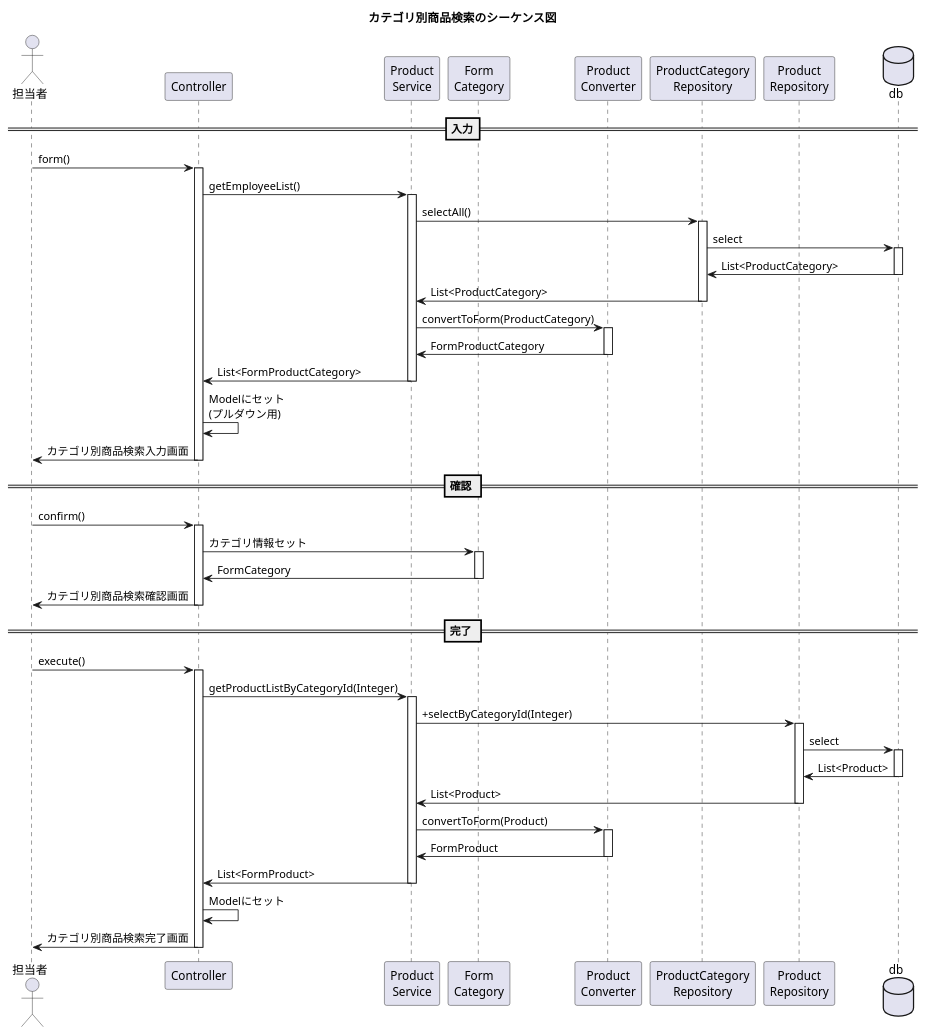
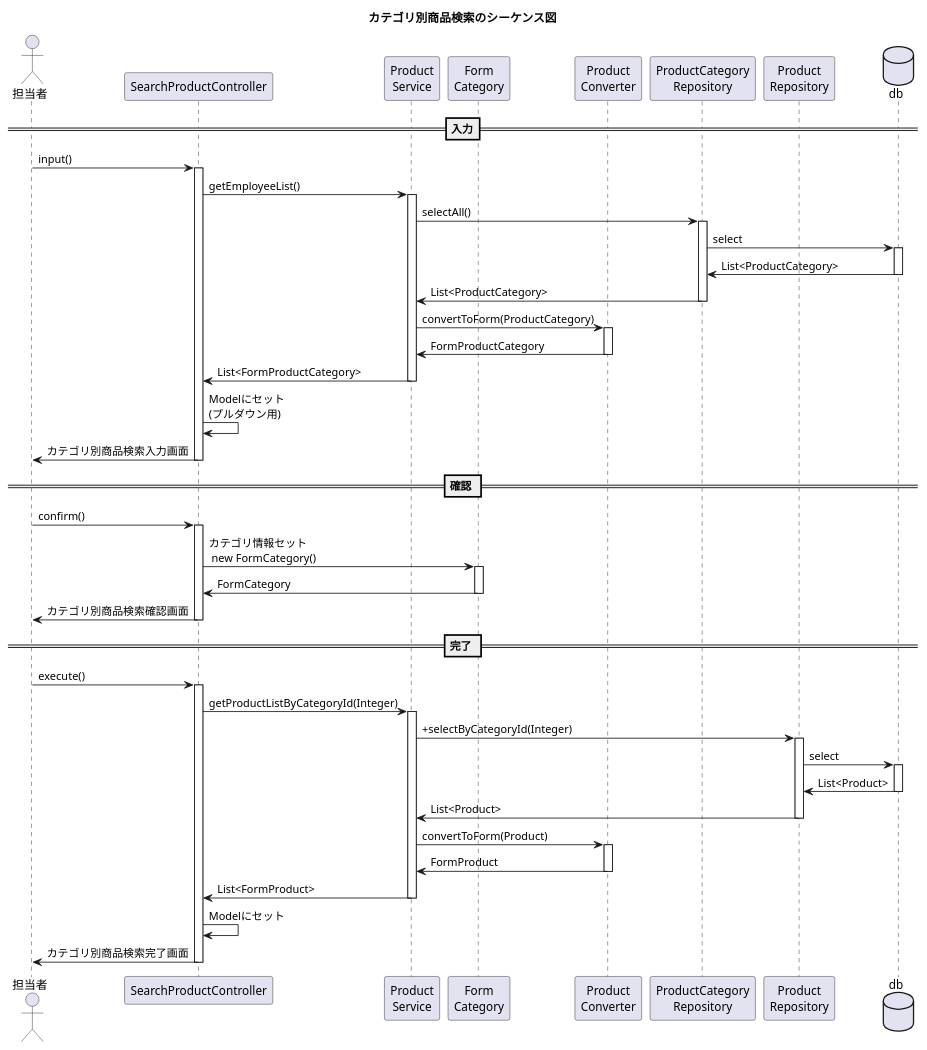
Before and after one commit to kanavii3333/ec-b: the diagram in plan/uml/sequence/uc011.plantuml, drawn with PlantUML. The commit also changed 5 other files, not shown here.

Commit message:
uc009~014.plantuml　修正

```diff
--- a/plan/uml/sequence/uc011.plantuml
+++ b/plan/uml/sequence/uc011.plantuml
@@ -1,43 +1,43 @@
 @startuml
 
 title カテゴリ別商品検索のシーケンス図
 actor "担当者" as user
-participant "Controller" as controller
+participant "SearchProductController" as controller
 participant "Product\nService" as service
 participant "Form\nCategory" as form
 participant "Product\nConverter" as helper
 participant "ProductCategory\nRepository" as repository1
 participant "Product\nRepository" as repository2
 database "db" as db
 ==入力==
-user -> controller++:form()
+user -> controller++:input()
 controller -> service++:getEmployeeList()
 service -> repository1++:selectAll()
 repository1 -> db++:select
 db -> repository1--:List<ProductCategory>
 repository1 -> service--:List<ProductCategory>
 service -> helper++:convertToForm(ProductCategory)
 service <- helper--:FormProductCategory
 service -> controller--:List<FormProductCategory>
 controller -> controller:Modelにセット\n(プルダウン用)
 controller -> user--:カテゴリ別商品検索入力画面
 == 確認 ==
 user -> controller++:confirm()
-controller -> form++:カテゴリ情報セット
+controller -> form++:カテゴリ情報セット\n new FormCategory()
 form -> controller--:FormCategory
 controller -> user--:カテゴリ別商品検索確認画面
 == 完了 ==
 user -> controller++:execute()
 controller -> service++:getProductListByCategoryId(Integer)
 service -> repository2++:+selectByCategoryId(Integer)
 repository2 -> db++:select
 db -> repository2--:List<Product>
 repository2 -> service--:List<Product>
 service -> helper++:convertToForm(Product)
 service <- helper--:FormProduct
 service -> controller--:List<FormProduct>
 controller -> controller:Modelにセット
 controller -> user--:カテゴリ別商品検索完了画面
 
 
 @enduml
```
